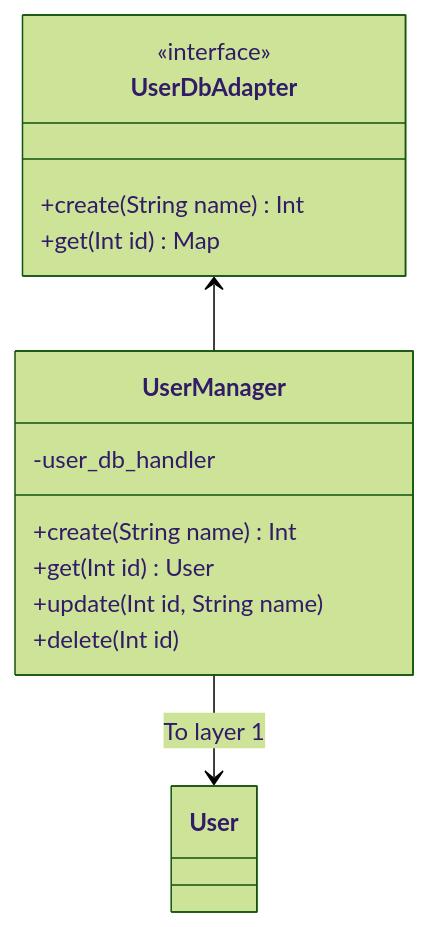
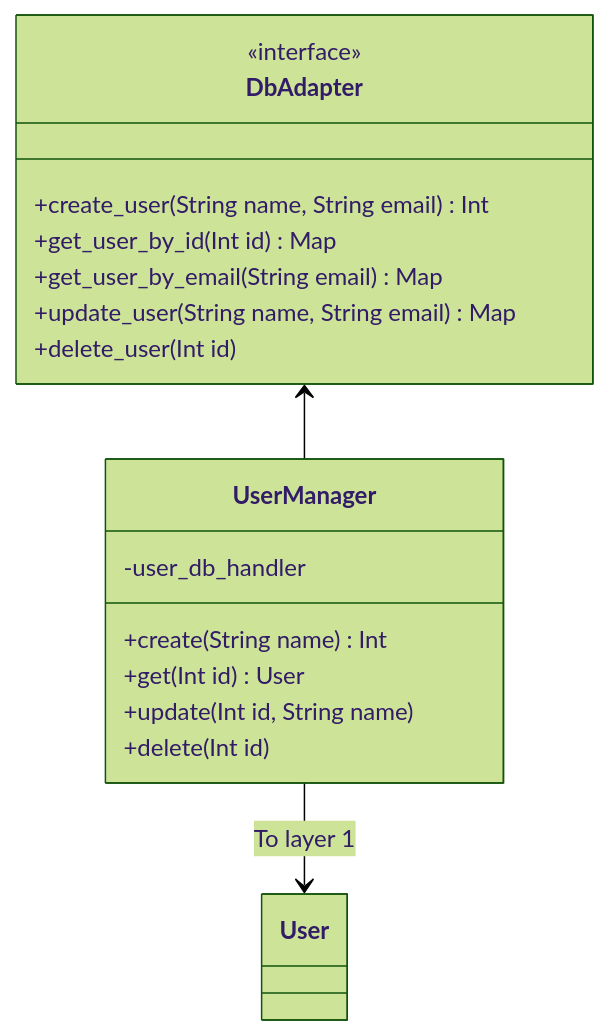
The third of 5 diagrams in backend/README.md (janheindejong/outhouse), drawn with Mermaid (forest theme) before and after one commit. The commit also changed other lines of this file and 6 other files, not shown here.

````diff
--- a/backend/README.md
+++ b/backend/README.md
@@ -35,21 +35,24 @@
 ```mermaid
 classDiagram
 class User
 
 class UserManager {
     -user_db_handler
     +create(String name) Int
     +get(Int id) User
     +update(Int id, String name)
     +delete(Int id)
 }
 
-class UserDbAdapter {
+class DbAdapter {
     <<interface>>
-    +create(String name) Int
-    +get(Int id) Map
+    +create_user(String name, String email) Int
+    +get_user_by_id(Int id) Map
+    +get_user_by_email(String email) Map
+    +update_user(String name, String email) Map
+    +delete_user(Int id)
 }
 
 UserManager --> User : To layer 1
-UserDbAdapter <-- UserManager
+DbAdapter <-- UserManager
 ```
````
